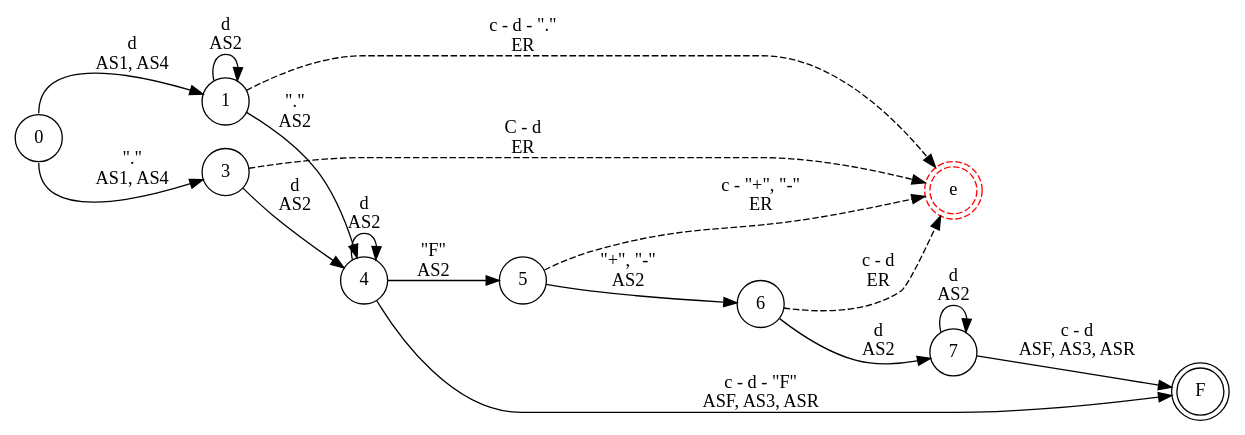
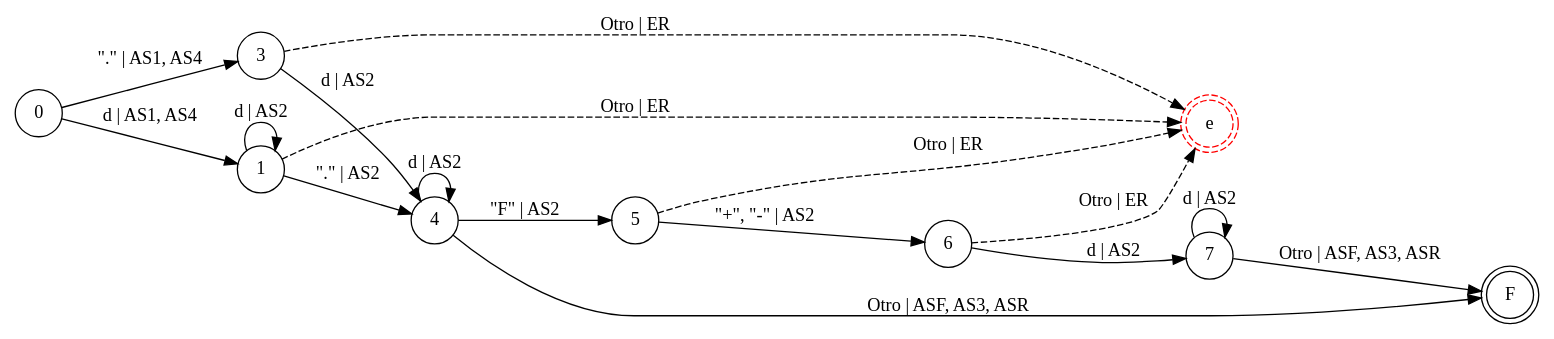
Before and after one commit to iroumec/RouVel-Compiler: the diagram in resources/diagrams/errors/floating.dot, drawn with Graphviz. The commit also changed 12 other files, not shown here.

Commit message:
Graphs Improved

```diff
--- a/resources/diagrams/errors/floating.dot
+++ b/resources/diagrams/errors/floating.dot
@@ -1,23 +1,23 @@
 digraph DFA {
     rankdir = LR;
     node [shape = circle;];
     F [shape = doublecircle;];
     e [shape = doublecircle;style = dashed;color = red;];
     
-    0 -> 1 [label = "d \n AS1, AS4"; tailport = n;];
-    0 -> 3 [label = "\".\" \n AS1, AS4"; tailport = s;];
-    1 -> 1 [label = "d \n AS2";];
-    1 -> 4 [label = "\".\" \n AS2";];
-    1 -> e [label = "c - d - \".\" \n ER"; style = dashed;];
-    3 -> 4 [label = "d \n AS2";];
-    3 -> e [label = "C - d \n ER"; style = dashed;];
-    4 -> 4 [label = "d \n AS2";];
-    4 -> F [label = "c - d - \"F\" \n ASF, AS3, ASR";];
-    4 -> 5 [label = "\"F\" \n AS2";];
-    5 -> 6 [label = "\"+\", \"-\" \n AS2";];
-    5 -> e [label = "c - \"+\", \"-\" \n ER"; style = dashed;];
-    6 -> 7 [label = "d \n AS2";];
-    6 -> e [label = "c - d \n ER"; style = dashed;];
-    7 -> 7 [label = "d \n AS2";];
-    7 -> F [label = "c - d \n ASF, AS3, ASR";];
+    0 -> 1 [label = "d | AS1, AS4";];
+    0 -> 3 [label = "\".\" | AS1, AS4";];
+    1 -> 1 [label = "d | AS2";];
+    1 -> 4 [label = "\".\" | AS2";];
+    1 -> e [label = "Otro | ER"; style = dashed;];
+    3 -> 4 [label = "d | AS2";];
+    3 -> e [label = "Otro | ER"; style = dashed;];
+    4 -> 4 [label = "d | AS2";];
+    4 -> F [label = "Otro | ASF, AS3, ASR";];
+    4 -> 5 [label = "\"F\" | AS2";];
+    5 -> 6 [label = "\"+\", \"-\" | AS2";];
+    5 -> e [label = "Otro | ER"; style = dashed;];
+    6 -> 7 [label = "d | AS2";];
+    6 -> e [label = "Otro | ER"; style = dashed;];
+    7 -> 7 [label = "d | AS2";];
+    7 -> F [label = "Otro | ASF, AS3, ASR";];
 }
```
